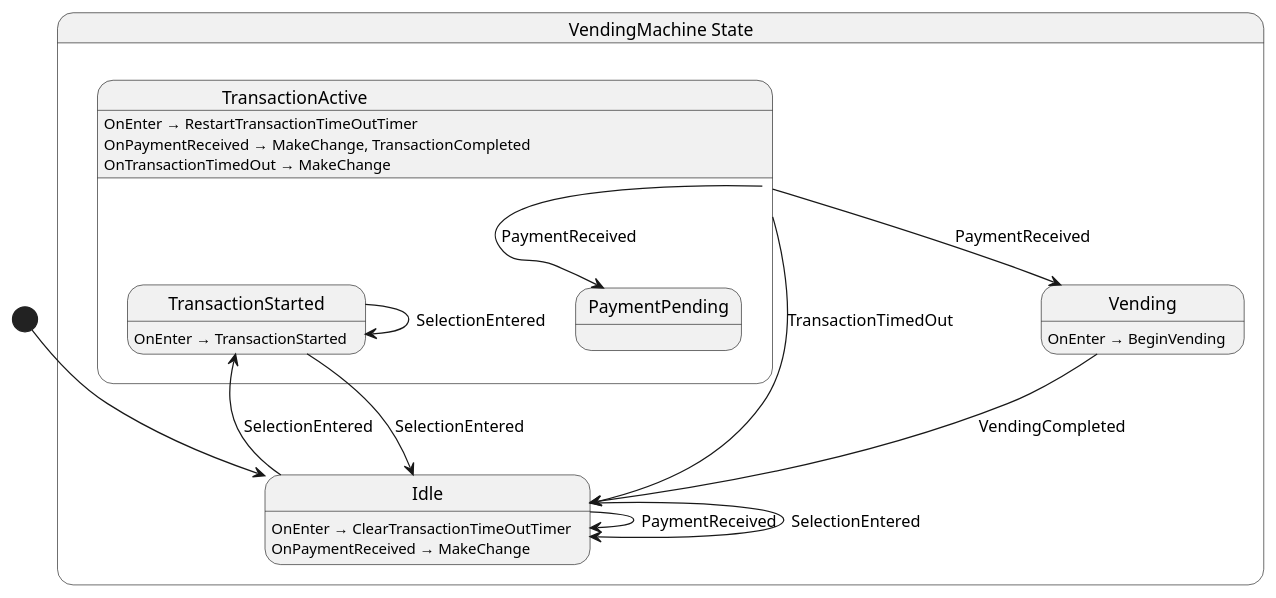
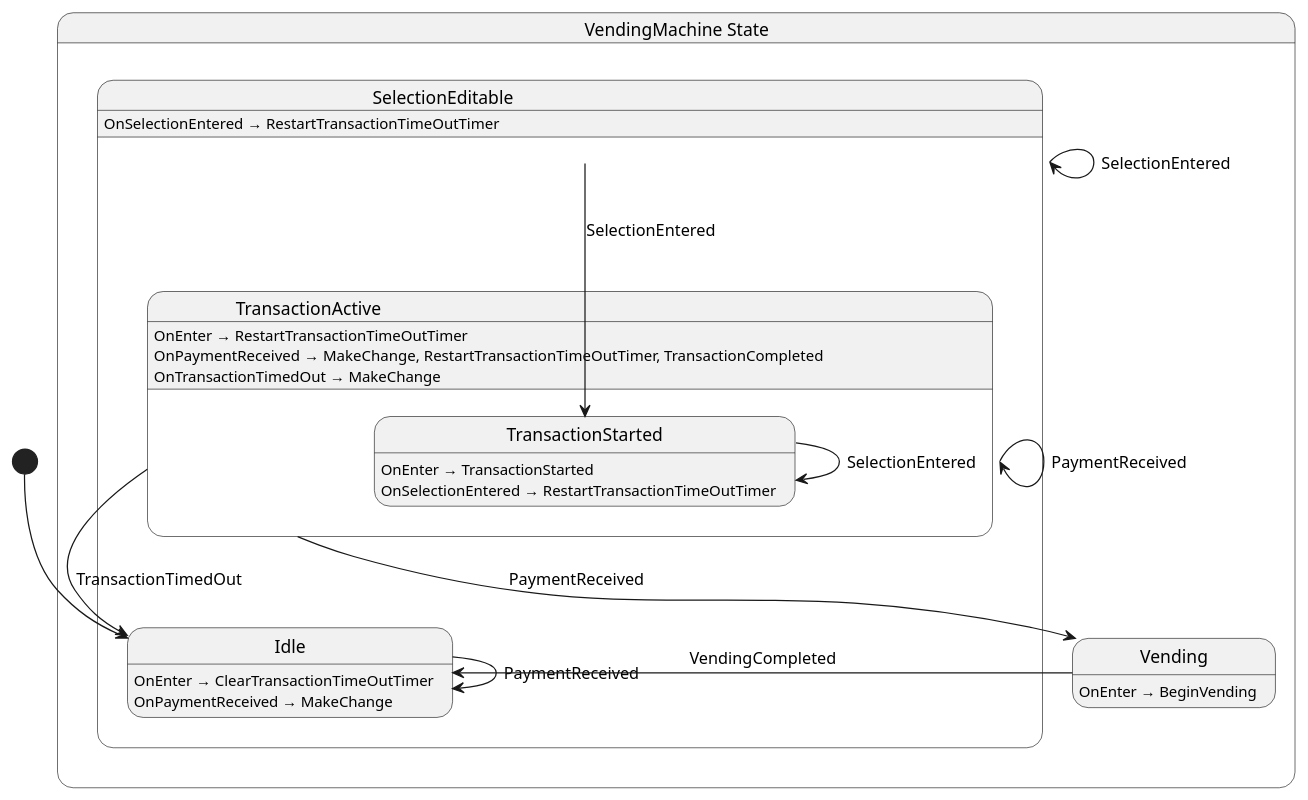
Before and after one commit to chickensoft-games/LogicBlocks: the diagram in Chickensoft.LogicBlocks.Example/VendingMachine.g.puml, drawn with PlantUML. The commit also changed 56 other files, not shown here.

```diff
--- a/Chickensoft.LogicBlocks.Example/VendingMachine.g.puml
+++ b/Chickensoft.LogicBlocks.Example/VendingMachine.g.puml
@@ -1,30 +1,32 @@
 @startuml VendingMachine
 state "VendingMachine State" as Chickensoft_LogicBlocks_Example_VendingMachine_State {
-  state "Idle" as Chickensoft_LogicBlocks_Example_VendingMachine_Idle
-  state "TransactionActive" as Chickensoft_LogicBlocks_Example_VendingMachine_TransactionActive {
-    state "PaymentPending" as Chickensoft_LogicBlocks_Example_VendingMachine_PaymentPending
-    state "TransactionStarted" as Chickensoft_LogicBlocks_Example_VendingMachine_TransactionStarted
+  state "SelectionEditable" as Chickensoft_LogicBlocks_Example_VendingMachine_SelectionEditable {
+    state "Idle" as Chickensoft_LogicBlocks_Example_VendingMachine_Idle
+    state "TransactionActive" as Chickensoft_LogicBlocks_Example_VendingMachine_TransactionActive {
+      state "TransactionStarted" as Chickensoft_LogicBlocks_Example_VendingMachine_TransactionStarted
+    }
   }
   state "Vending" as Chickensoft_LogicBlocks_Example_VendingMachine_Vending
 }
 
 Chickensoft_LogicBlocks_Example_VendingMachine_Idle --> Chickensoft_LogicBlocks_Example_VendingMachine_Idle : PaymentReceived
-Chickensoft_LogicBlocks_Example_VendingMachine_Idle --> Chickensoft_LogicBlocks_Example_VendingMachine_Idle : SelectionEntered
-Chickensoft_LogicBlocks_Example_VendingMachine_Idle --> Chickensoft_LogicBlocks_Example_VendingMachine_TransactionStarted : SelectionEntered
+Chickensoft_LogicBlocks_Example_VendingMachine_SelectionEditable --> Chickensoft_LogicBlocks_Example_VendingMachine_SelectionEditable : SelectionEntered
+Chickensoft_LogicBlocks_Example_VendingMachine_SelectionEditable --> Chickensoft_LogicBlocks_Example_VendingMachine_TransactionStarted : SelectionEntered
 Chickensoft_LogicBlocks_Example_VendingMachine_TransactionActive --> Chickensoft_LogicBlocks_Example_VendingMachine_Idle : TransactionTimedOut
-Chickensoft_LogicBlocks_Example_VendingMachine_TransactionActive --> Chickensoft_LogicBlocks_Example_VendingMachine_PaymentPending : PaymentReceived
+Chickensoft_LogicBlocks_Example_VendingMachine_TransactionActive --> Chickensoft_LogicBlocks_Example_VendingMachine_TransactionActive : PaymentReceived
 Chickensoft_LogicBlocks_Example_VendingMachine_TransactionActive --> Chickensoft_LogicBlocks_Example_VendingMachine_Vending : PaymentReceived
-Chickensoft_LogicBlocks_Example_VendingMachine_TransactionStarted --> Chickensoft_LogicBlocks_Example_VendingMachine_Idle : SelectionEntered
 Chickensoft_LogicBlocks_Example_VendingMachine_TransactionStarted --> Chickensoft_LogicBlocks_Example_VendingMachine_TransactionStarted : SelectionEntered
 Chickensoft_LogicBlocks_Example_VendingMachine_Vending --> Chickensoft_LogicBlocks_Example_VendingMachine_Idle : VendingCompleted
 
 Chickensoft_LogicBlocks_Example_VendingMachine_Idle : OnEnter → ClearTransactionTimeOutTimer
 Chickensoft_LogicBlocks_Example_VendingMachine_Idle : OnPaymentReceived → MakeChange
+Chickensoft_LogicBlocks_Example_VendingMachine_SelectionEditable : OnSelectionEntered → RestartTransactionTimeOutTimer
 Chickensoft_LogicBlocks_Example_VendingMachine_TransactionActive : OnEnter → RestartTransactionTimeOutTimer
-Chickensoft_LogicBlocks_Example_VendingMachine_TransactionActive : OnPaymentReceived → MakeChange, TransactionCompleted
+Chickensoft_LogicBlocks_Example_VendingMachine_TransactionActive : OnPaymentReceived → MakeChange, RestartTransactionTimeOutTimer, TransactionCompleted
 Chickensoft_LogicBlocks_Example_VendingMachine_TransactionActive : OnTransactionTimedOut → MakeChange
 Chickensoft_LogicBlocks_Example_VendingMachine_TransactionStarted : OnEnter → TransactionStarted
+Chickensoft_LogicBlocks_Example_VendingMachine_TransactionStarted : OnSelectionEntered → RestartTransactionTimeOutTimer
 Chickensoft_LogicBlocks_Example_VendingMachine_Vending : OnEnter → BeginVending
 
 [*] --> Chickensoft_LogicBlocks_Example_VendingMachine_Idle
 @enduml
```
